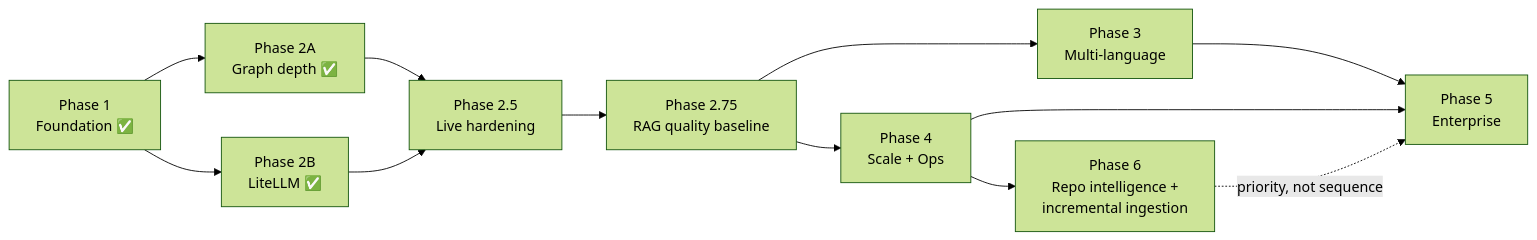
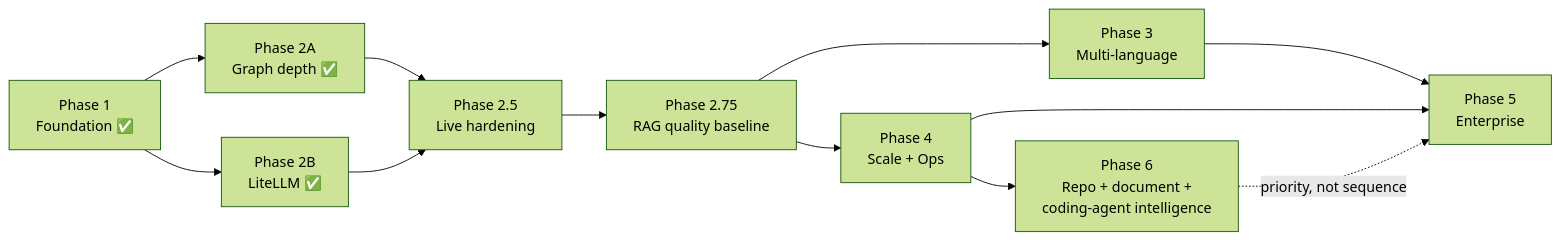
The diagram in DOCS/audit/07-Roadmap.md (sankar-ramamoorthy/rag-foundry-universal), drawn with Mermaid (forest theme) before and after one commit. The commit also changed other lines of this file and 3 other files, not shown here.

````diff
--- a/DOCS/audit/07-Roadmap.md
+++ b/DOCS/audit/07-Roadmap.md
@@ -271,14 +346,14 @@
 ```mermaid
 graph LR
   P1[Phase 1<br/>Foundation ✅] --> P2A[Phase 2A<br/>Graph depth ✅]
   P1 --> P2B[Phase 2B<br/>LiteLLM ✅]
   P2A --> P25[Phase 2.5<br/>Live hardening]
   P2B --> P25
   P25 --> P275[Phase 2.75<br/>RAG quality baseline]
   P275 --> P3[Phase 3<br/>Multi-language]
   P275 --> P4[Phase 4<br/>Scale + Ops]
   P3 --> P5[Phase 5<br/>Enterprise]
   P4 --> P5
-  P4 --> P6[Phase 6<br/>Repo intelligence +<br/>incremental ingestion]
+  P4 --> P6[Phase 6<br/>Repo + document +<br/>coding-agent intelligence]
   P6 -.priority, not sequence.-> P5
 ```
````
